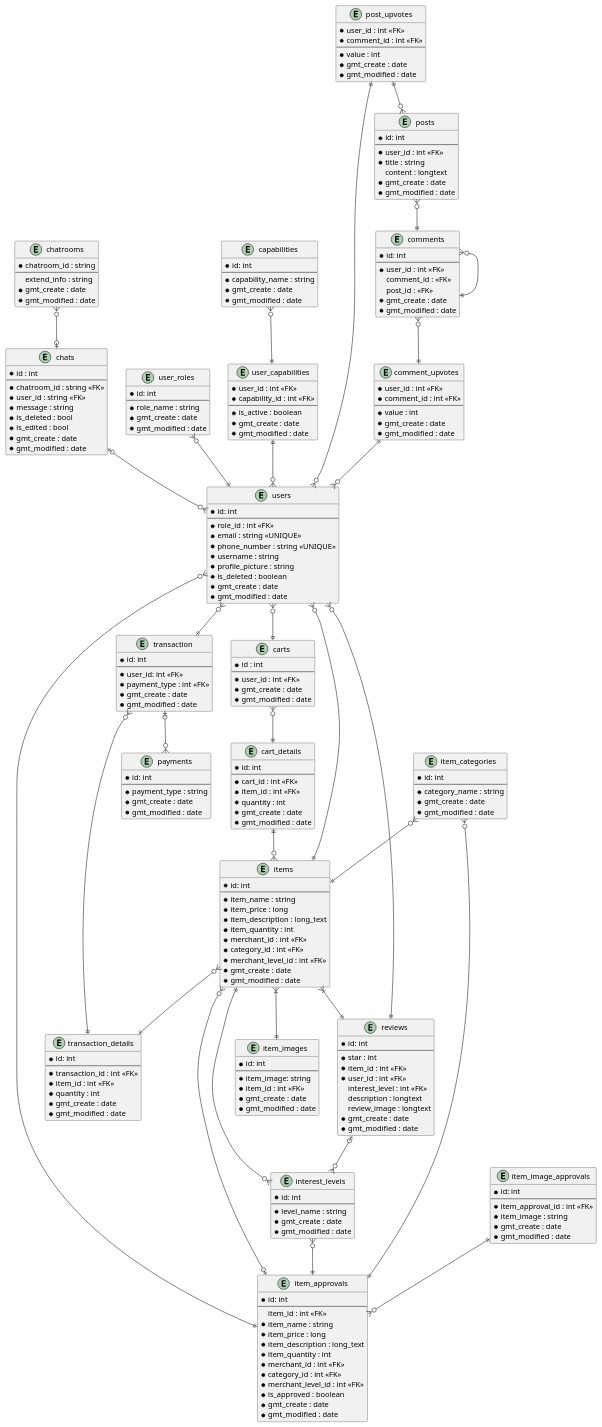
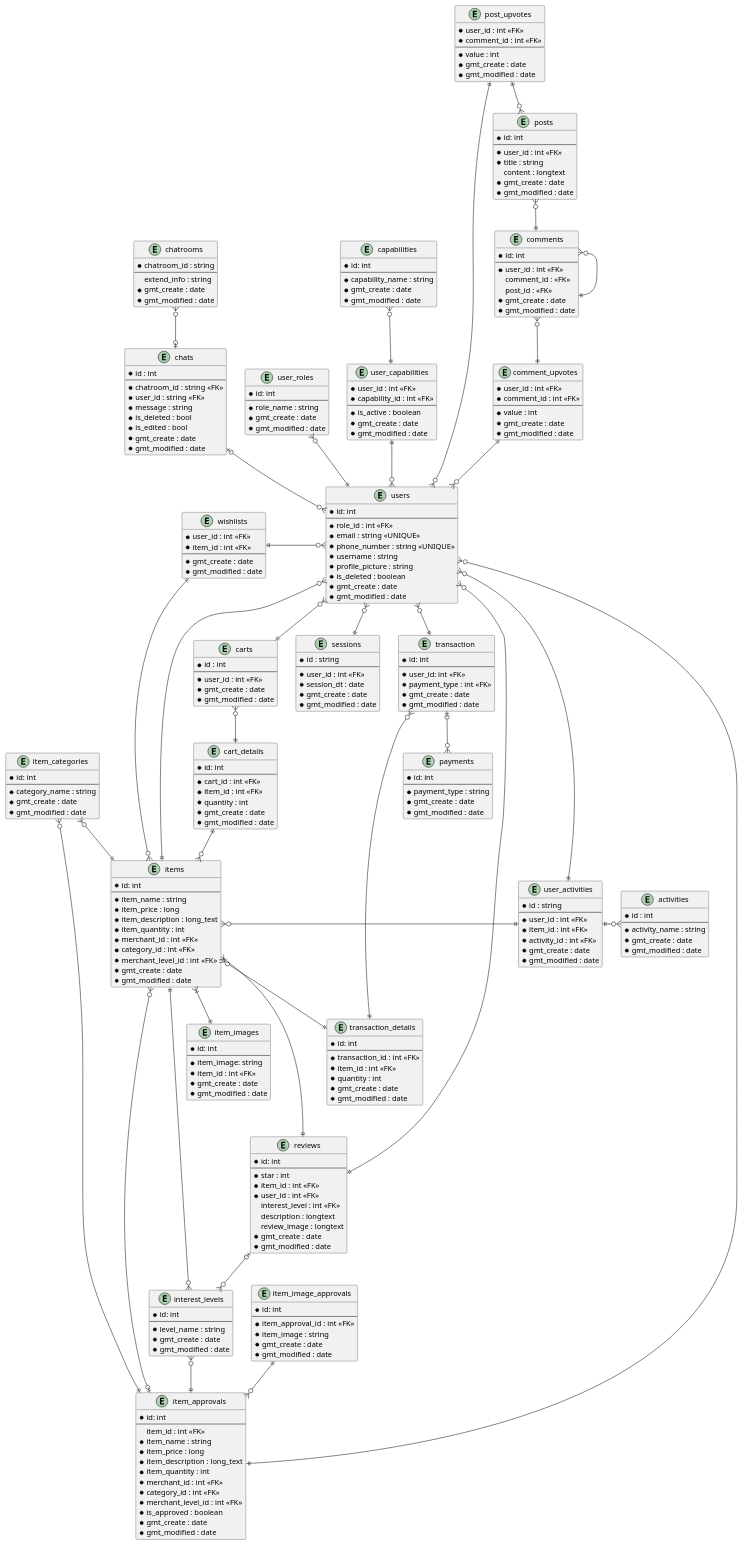
Before and after one commit to aldihsuhandi/skripsi-2023: the diagram in uml/ERD.pu, drawn with PlantUML.

Commit message:
add session, user_activity, and wishlist

```diff
--- a/uml/ERD.pu
+++ b/uml/ERD.pu
@@ -225,6 +225,43 @@
     * gmt_modified : date
 }
 
+' table for backend purpose
+entity sessions{
+    * id : string
+    --
+    * user_id : int <<FK>>
+    * session_dt : date
+    * gmt_create : date
+    * gmt_modified : date
+}
+
+entity activities {
+    * id : int
+    --
+    * activity_name : string
+    * gmt_create : date
+    * gmt_modified : date
+}
+
+entity user_activities {
+    * id : string
+    --
+    * user_id : int <<FK>>
+    * item_id : int <<FK>>
+    * activity_id : int <<FK>>
+    * gmt_create : date
+    * gmt_modified : date
+}
+
+' wishlist
+entity wishlists {
+    * user_id : int <<FK>>
+    * item_id : int <<FK>>
+    --
+    * gmt_create : date
+    * gmt_modified : date
+}
+
 
 ' relation
 ' for transaction purposes
@@ -244,7 +281,7 @@
 cart_details ||--o{ items
 
 items }|--|| item_images
-items }|--|| reviews
+items }|---|| reviews
 reviews |o--o{ interest_levels
 items ||--o{ users
 reviews ||--o{ users
@@ -276,4 +313,18 @@
 user_capabilities ||--o{ users
 capabilities }o--|| user_capabilities
 
+' table for backend purpose
+users }o--|| sessions
+users }o-|| user_activities
+items }o-|| user_activities
+' user_activities ||-o{ users
+' user_activities ||-o{ items
+user_activities ||-o{ activities
+
+' wishlist
+' users }o-|| wishlists
+' items }o-|| wishlists
+wishlists ||-o{ users
+wishlists ||-o{ items
+
 @enduml
```
